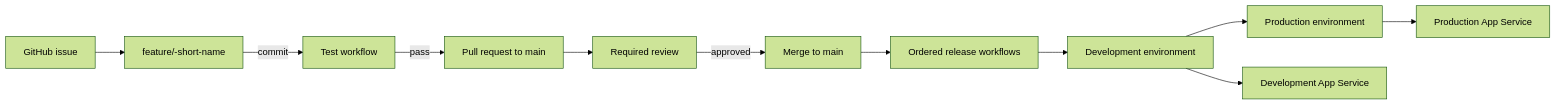
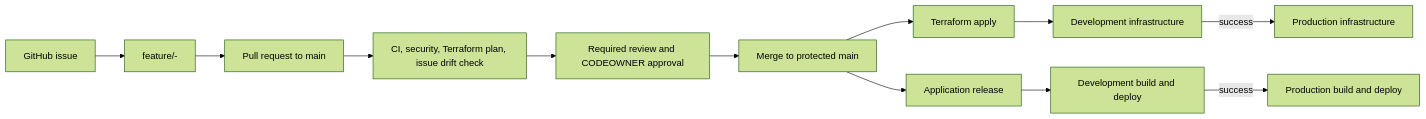
Before and after one commit to afira312/dtap-automation: the first of 3 diagrams in README.md, drawn with Mermaid (forest theme). The commit also changed other lines of this file and 7 other files, not shown here.

````diff
--- a/README.md
+++ b/README.md
@@ -34,13 +77,14 @@
 ```mermaid
 flowchart LR
-    I[GitHub issue] --> F[feature/<issue>-short-name]
-    F -->|commit| T[Test workflow]
-    T -->|pass| PR[Pull request to main]
-    PR --> R[Required review]
-    R -->|approved| M[Merge to main]
-    M --> C[Ordered release workflows]
-    C --> D[Development environment]
-    D --> P[Production environment]
-    D --> DA[Development App Service]
-    P --> PA[Production App Service]
+    ISSUE[GitHub issue] --> BRANCH["feature/<issue-number>-<short-name>"]
+    BRANCH --> PR[Pull request to main]
+    PR --> CHECKS[CI, security, Terraform plan, issue drift check]
+    CHECKS --> REVIEW[Required review and CODEOWNER approval]
+    REVIEW --> MERGE[Merge to protected main]
+    MERGE --> INFRA[Terraform apply]
+    MERGE --> APP[Application release]
+    INFRA --> DEVINFRA[Development infrastructure]
+    DEVINFRA -->|success| PRODINFRA[Production infrastructure]
+    APP --> DEVAPP[Development build and deploy]
+    DEVAPP -->|success| PRODAPP[Production build and deploy]
 ```
````
